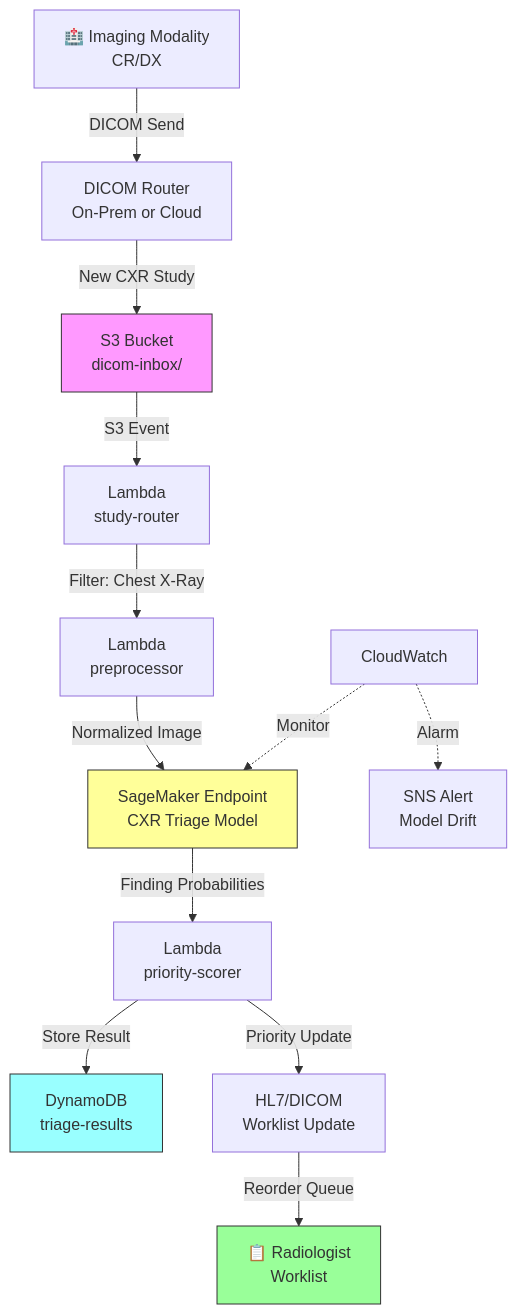
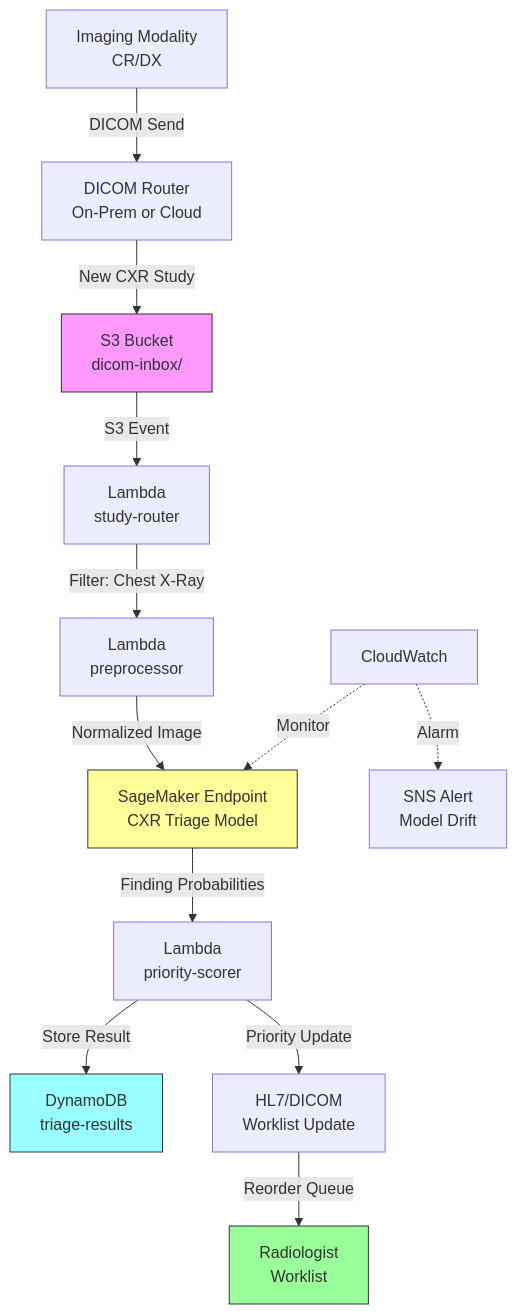
Before and after one commit to ccrngd1/HCLS-ai-book: the diagram in chapter09.05-architecture.md, drawn with Mermaid. The commit also changed other lines of this file and 515 other files, not shown here.

````diff
--- a/chapter09.05-architecture.md
+++ b/chapter09.05-architecture.md
@@ -39,20 +39,20 @@
 ```mermaid
 flowchart TD
-    A[🏥 Imaging Modality\nCR/DX] -->|DICOM Send| B[DICOM Router\nOn-Prem or Cloud]
-    B -->|New CXR Study| C[S3 Bucket\ndicom-inbox/]
-    C -->|S3 Event| D[Lambda\nstudy-router]
-    D -->|Filter: Chest X-Ray| E[Lambda\npreprocessor]
-    E -->|Normalized Image| F[SageMaker Endpoint\nCXR Triage Model]
-    F -->|Finding Probabilities| G[Lambda\npriority-scorer]
-    G -->|Store Result| H[DynamoDB\ntriage-results]
-    G -->|Priority Update| I[HL7/DICOM\nWorklist Update]
-    I -->|Reorder Queue| J[📋 Radiologist\nWorklist]
+ A[Imaging Modality\nCR/DX] -->|DICOM Send| B[DICOM Router\nOn-Prem or Cloud]
+ B -->|New CXR Study| C[S3 Bucket\ndicom-inbox/]
+ C -->|S3 Event| D[Lambda\nstudy-router]
+ D -->|Filter: Chest X-Ray| E[Lambda\npreprocessor]
+ E -->|Normalized Image| F[SageMaker Endpoint\nCXR Triage Model]
+ F -->|Finding Probabilities| G[Lambda\npriority-scorer]
+ G -->|Store Result| H[DynamoDB\ntriage-results]
+ G -->|Priority Update| I[HL7/DICOM\nWorklist Update]
+ I -->|Reorder Queue| J[Radiologist\nWorklist]
 
-    K[CloudWatch] -.->|Monitor| F
-    K -.->|Alarm| L[SNS Alert\nModel Drift]
+ K[CloudWatch] -.->|Monitor| F
+ K -.->|Alarm| L[SNS Alert\nModel Drift]
 
-    style C fill:#f9f,stroke:#333
-    style F fill:#ff9,stroke:#333
-    style H fill:#9ff,stroke:#333
-    style J fill:#9f9,stroke:#333
+ style C fill:#f9f,stroke:#333
+ style F fill:#ff9,stroke:#333
+ style H fill:#9ff,stroke:#333
+ style J fill:#9f9,stroke:#333
 ```
````
